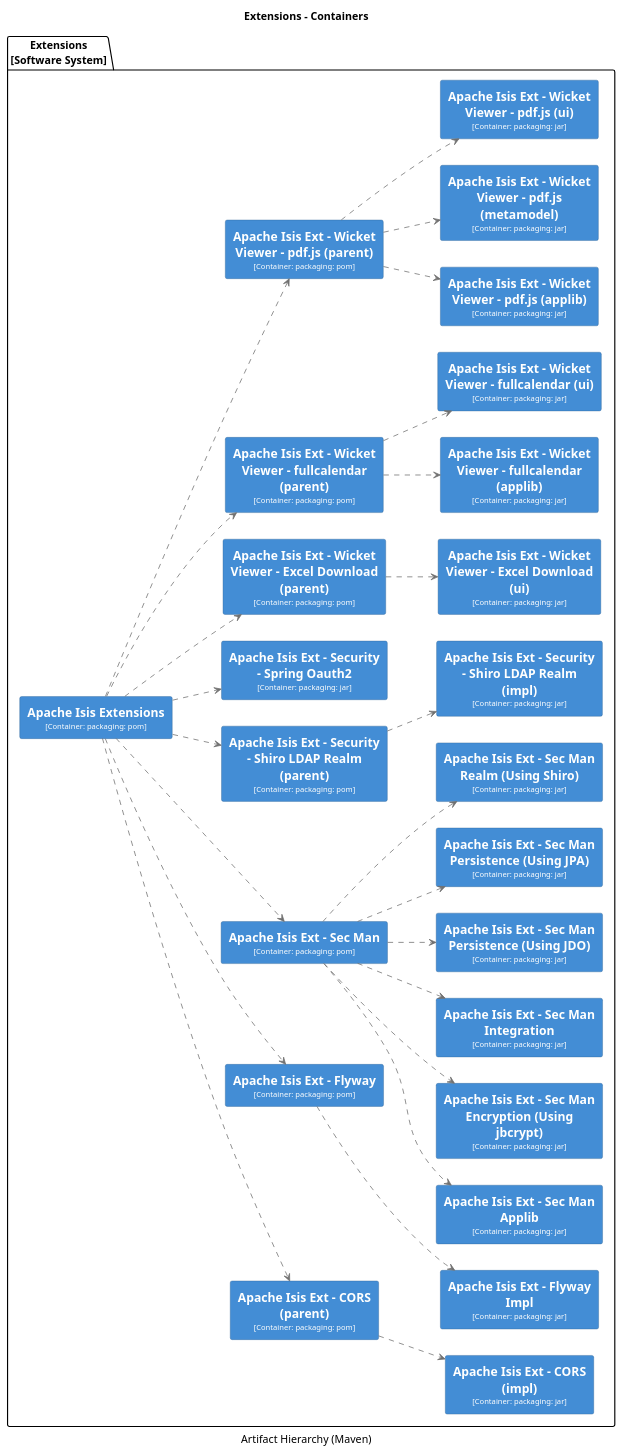
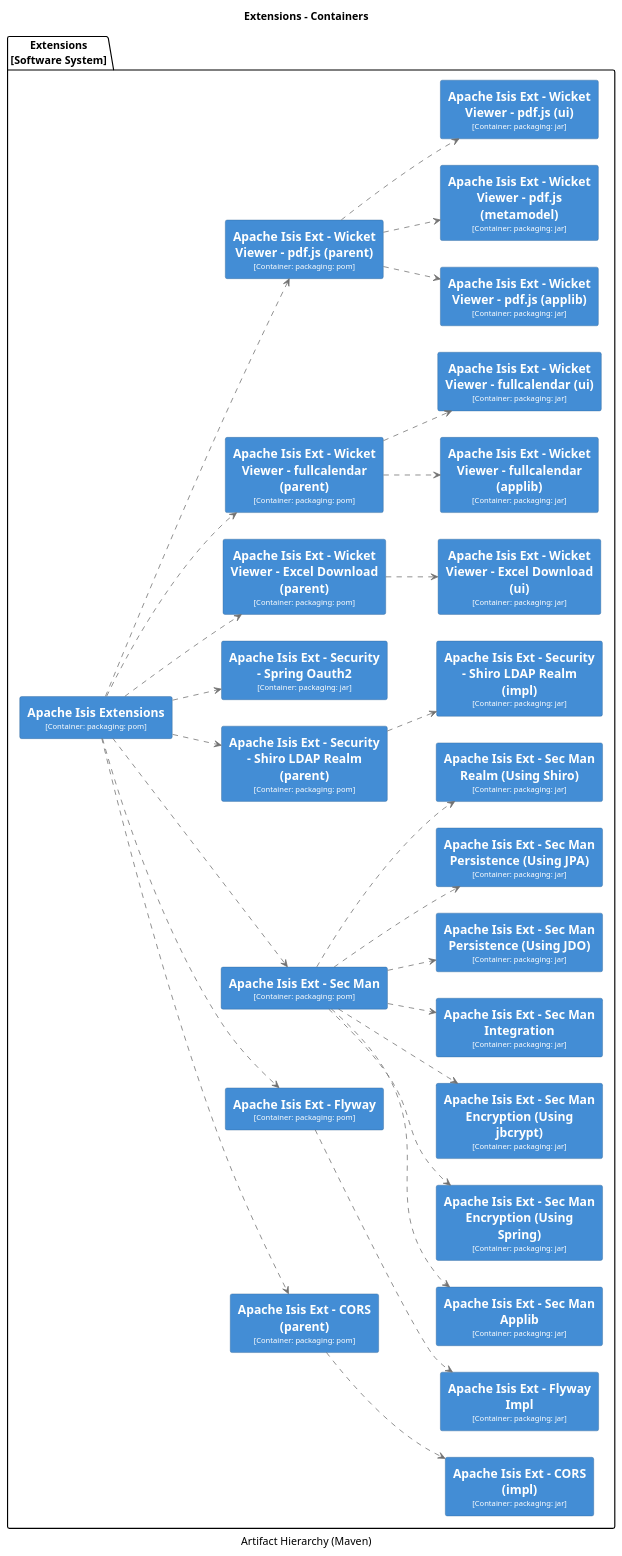
Before and after one commit to apache/causeway: diagram 24 of 38 in core/adoc/modules/_overview/pages/about.adoc, drawn with PlantUML. The commit also changed other lines of this file and 130 other files, not shown here.

```diff
--- a/core/adoc/modules/_overview/pages/about.adoc
+++ b/core/adoc/modules/_overview/pages/about.adoc
@@ -3697,6 +4124,11 @@
   BorderColor #2E6295
 }
 skinparam rectangle<<25>> {
+  BackgroundColor #438dd5
+  FontColor #fffffe
+  BorderColor #2E6295
+}
+skinparam rectangle<<26>> {
   BackgroundColor #438dd5
   FontColor #fffffe
   BorderColor #2E6295
@@ -3808,14 +4240,15 @@
   rectangle "==Apache Isis Ext - Flyway Impl\n<size:10>[Container: packaging: jar]</size>" <<8>> as 8
   rectangle "==Apache Isis Ext - Sec Man\n<size:10>[Container: packaging: pom]</size>" <<16>> as 16
   rectangle "==Apache Isis Ext - Sec Man Applib\n<size:10>[Container: packaging: jar]</size>" <<17>> as 17
+  rectangle "==Apache Isis Ext - Sec Man Encryption (Using Spring)\n<size:10>[Container: packaging: jar]</size>" <<19>> as 19
   rectangle "==Apache Isis Ext - Sec Man Encryption (Using jbcrypt)\n<size:10>[Container: packaging: jar]</size>" <<18>> as 18
-  rectangle "==Apache Isis Ext - Sec Man Integration\n<size:10>[Container: packaging: jar]</size>" <<19>> as 19
-  rectangle "==Apache Isis Ext - Sec Man Persistence (Using JDO)\n<size:10>[Container: packaging: jar]</size>" <<20>> as 20
-  rectangle "==Apache Isis Ext - Sec Man Persistence (Using JPA)\n<size:10>[Container: packaging: jar]</size>" <<21>> as 21
-  rectangle "==Apache Isis Ext - Sec Man Realm (Using Shiro)\n<size:10>[Container: packaging: jar]</size>" <<22>> as 22
-  rectangle "==Apache Isis Ext - Security - Shiro LDAP Realm (impl)\n<size:10>[Container: packaging: jar]</size>" <<24>> as 24
-  rectangle "==Apache Isis Ext - Security - Shiro LDAP Realm (parent)\n<size:10>[Container: packaging: pom]</size>" <<23>> as 23
-  rectangle "==Apache Isis Ext - Security - Spring Oauth2\n<size:10>[Container: packaging: jar]</size>" <<25>> as 25
+  rectangle "==Apache Isis Ext - Sec Man Integration\n<size:10>[Container: packaging: jar]</size>" <<20>> as 20
+  rectangle "==Apache Isis Ext - Sec Man Persistence (Using JDO)\n<size:10>[Container: packaging: jar]</size>" <<21>> as 21
+  rectangle "==Apache Isis Ext - Sec Man Persistence (Using JPA)\n<size:10>[Container: packaging: jar]</size>" <<22>> as 22
+  rectangle "==Apache Isis Ext - Sec Man Realm (Using Shiro)\n<size:10>[Container: packaging: jar]</size>" <<23>> as 23
+  rectangle "==Apache Isis Ext - Security - Shiro LDAP Realm (impl)\n<size:10>[Container: packaging: jar]</size>" <<25>> as 25
+  rectangle "==Apache Isis Ext - Security - Shiro LDAP Realm (parent)\n<size:10>[Container: packaging: pom]</size>" <<24>> as 24
+  rectangle "==Apache Isis Ext - Security - Spring Oauth2\n<size:10>[Container: packaging: jar]</size>" <<26>> as 26
   rectangle "==Apache Isis Ext - Wicket Viewer - Excel Download (parent)\n<size:10>[Container: packaging: pom]</size>" <<5>> as 5
   rectangle "==Apache Isis Ext - Wicket Viewer - Excel Download (ui)\n<size:10>[Container: packaging: jar]</size>" <<6>> as 6
   rectangle "==Apache Isis Ext - Wicket Viewer - fullcalendar (applib)\n<size:10>[Container: packaging: jar]</size>" <<10>> as 10
@@ -3830,12 +4263,13 @@
 3 .[#707070].> 4 : ""
 7 .[#707070].> 8 : ""
 16 .[#707070].> 17 : ""
+16 .[#707070].> 19 : ""
 16 .[#707070].> 18 : ""
-16 .[#707070].> 19 : ""
 16 .[#707070].> 20 : ""
 16 .[#707070].> 21 : ""
 16 .[#707070].> 22 : ""
-23 .[#707070].> 24 : ""
+16 .[#707070].> 23 : ""
+24 .[#707070].> 25 : ""
 5 .[#707070].> 6 : ""
 9 .[#707070].> 10 : ""
 9 .[#707070].> 11 : ""
@@ -3845,8 +4279,8 @@
 2 .[#707070].> 3 : ""
 2 .[#707070].> 7 : ""
 2 .[#707070].> 16 : ""
-2 .[#707070].> 23 : ""
-2 .[#707070].> 25 : ""
+2 .[#707070].> 24 : ""
+2 .[#707070].> 26 : ""
 2 .[#707070].> 5 : ""
 2 .[#707070].> 9 : ""
 2 .[#707070].> 12 : ""
```
